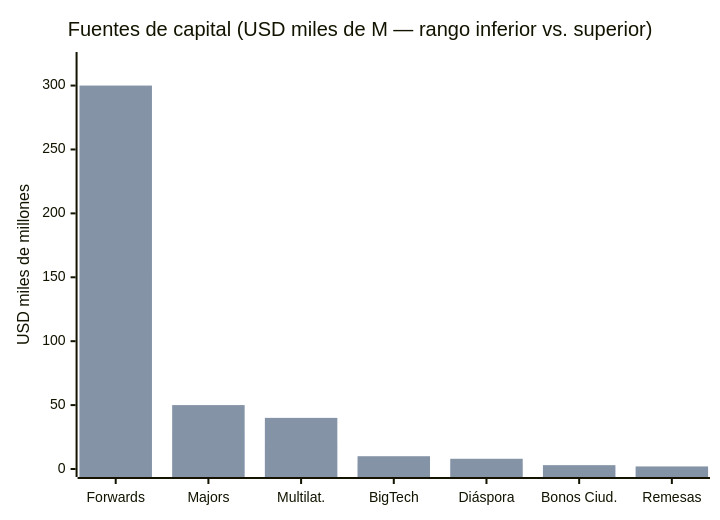
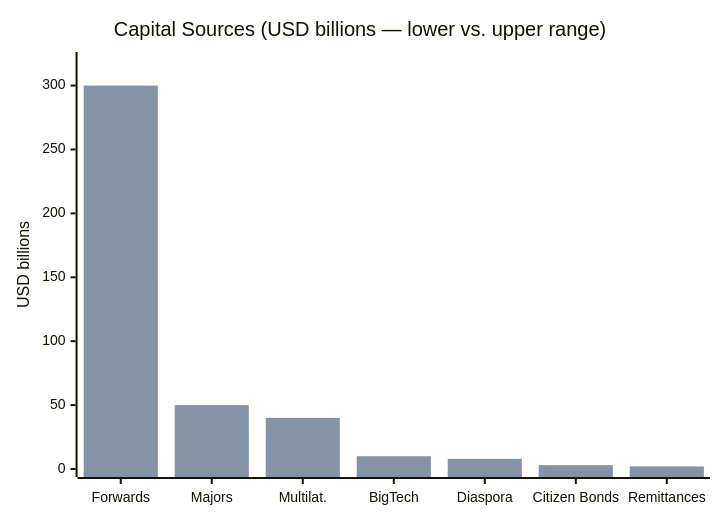
One commit to Venezuela-S-A/venezuela-sa changed the fourth of 6 diagrams in i18n/en/docusaurus-plugin-content-docs/current/02-motor-financiero/inversion-inicial-fuentes.md. Above: the diagram before and after it, drawn with Mermaid. The commit also changed other lines of this file and 127 other files, not shown here.

````diff
--- a/i18n/en/docusaurus-plugin-content-docs/current/02-motor-financiero/inversion-inicial-fuentes.md
+++ b/i18n/en/docusaurus-plugin-content-docs/current/02-motor-financiero/inversion-inicial-fuentes.md
@@ -68,8 +68,8 @@
 ```mermaid
 xychart-beta
-    title "Fuentes de capital (USD miles de M — rango inferior vs. superior)"
-    x-axis ["Forwards", "Majors", "Multilat.", "BigTech", "Diáspora", "Bonos Ciud.", "Remesas"]
-    y-axis "USD miles de millones" 0 --> 320
+    title "Capital Sources (USD billions — lower vs. upper range)"
+    x-axis ["Forwards", "Majors", "Multilat.", "BigTech", "Diaspora", "Citizen Bonds", "Remittances"]
+    y-axis "USD billions" 0 --> 320
     bar [150, 30, 20, 5, 3, 1.5, 1]
     bar [300, 50, 40, 10, 8, 3, 2]
 ```
````
